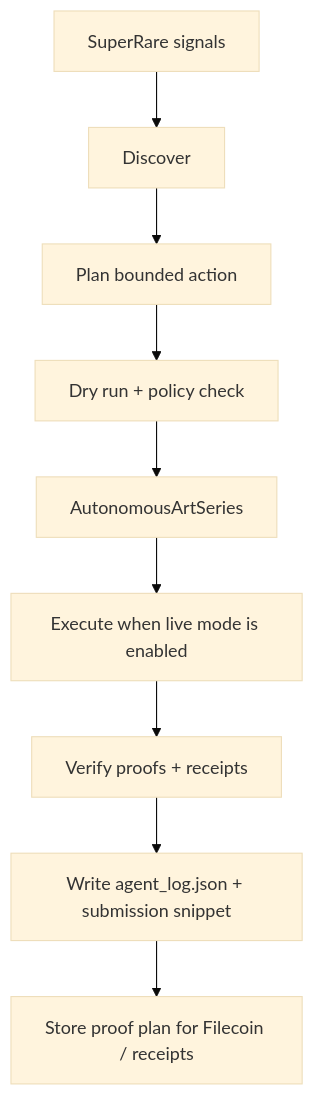
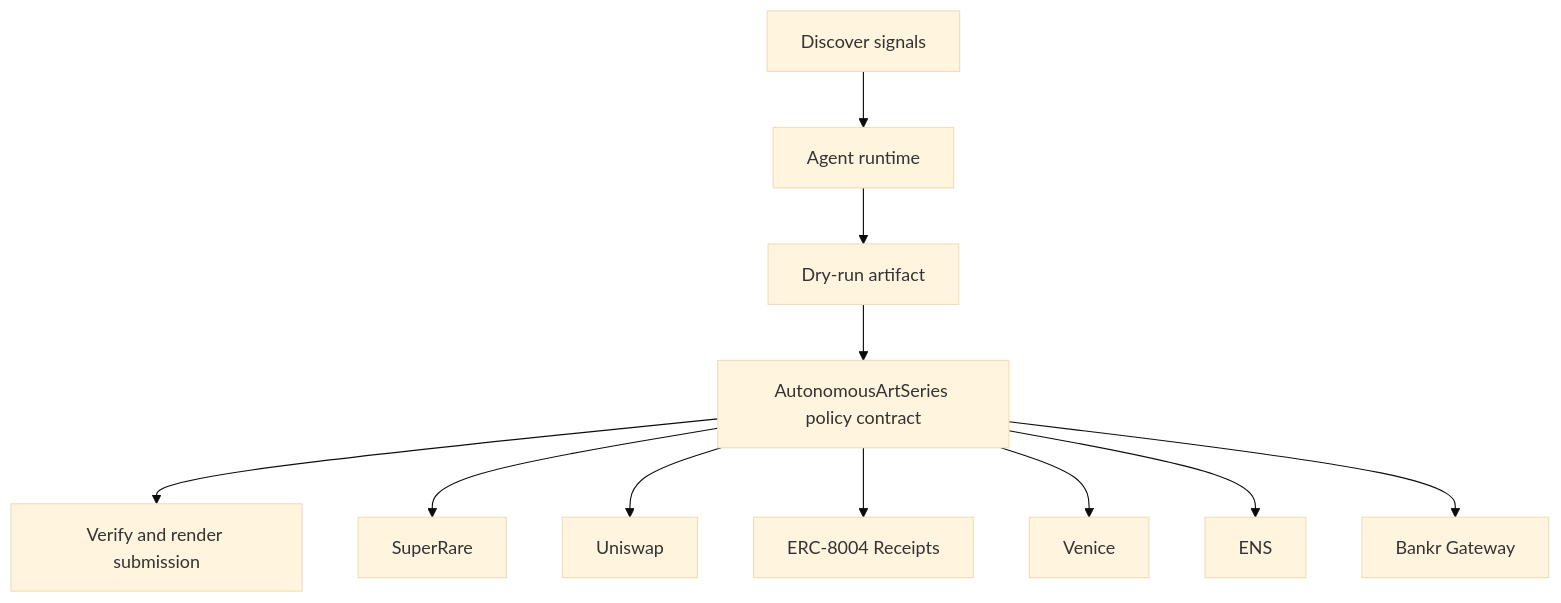
One commit to CrystallineButterfly/Synthesis-SuperRare changed the diagram in README.md. Above: the diagram before and after it, drawn with Mermaid (base theme). The commit also changed other lines of this file and 998 other files, not shown here.

Commit message:
Implement bounded agent runtime

````diff
--- a/README.md
+++ b/README.md
@@ -29,11 +26,15 @@
-        ```mermaid
-        flowchart TD
-    Signals[SuperRare signals] --> Discover[Discover]
-    Discover --> Plan[Plan bounded action]
-    Plan --> DryRun[Dry run + policy check]
-    DryRun --> Guard[AutonomousArtSeries]
-    Guard --> Execute[Execute when live mode is enabled]
-    Execute --> Verify[Verify proofs + receipts]
-    Verify --> Persist[Write agent_log.json + submission snippet]
-    Persist --> Storage[Store proof plan for Filecoin / receipts]
-        ```
+```mermaid
+flowchart TD
+    Signals[Discover signals]
+    Planner[Agent runtime]
+    DryRun[Dry-run artifact]
+    Contract[AutonomousArtSeries policy contract]
+    Verify[Verify and render submission]
+    Signals --> Planner --> DryRun --> Contract --> Verify
+    Contract --> superrare[SuperRare]
+    Contract --> uniswap[Uniswap]
+    Contract --> erc_8004_receipts[ERC-8004 Receipts]
+    Contract --> venice[Venice]
+    Contract --> ens[ENS]
+    Contract --> bankr_gateway[Bankr Gateway]
+```
````
